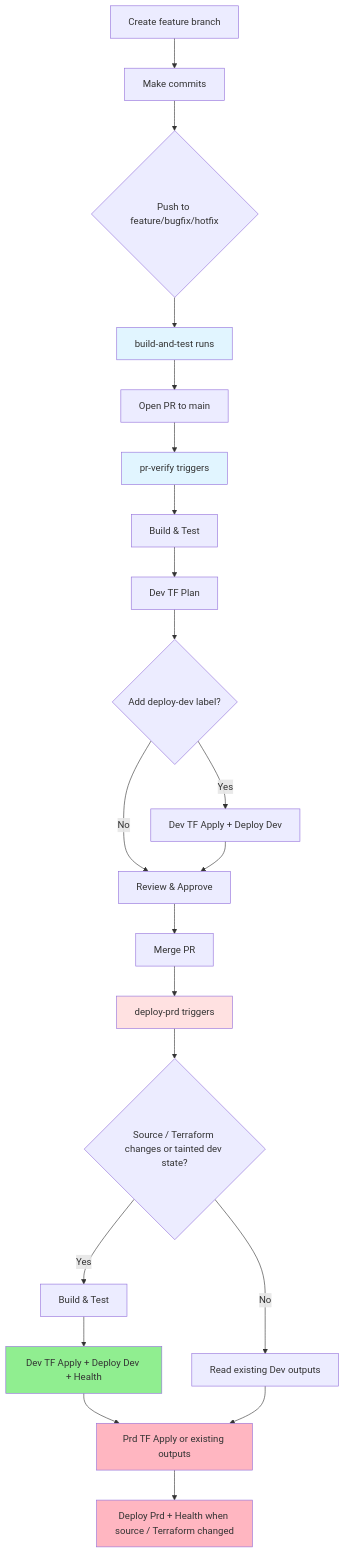
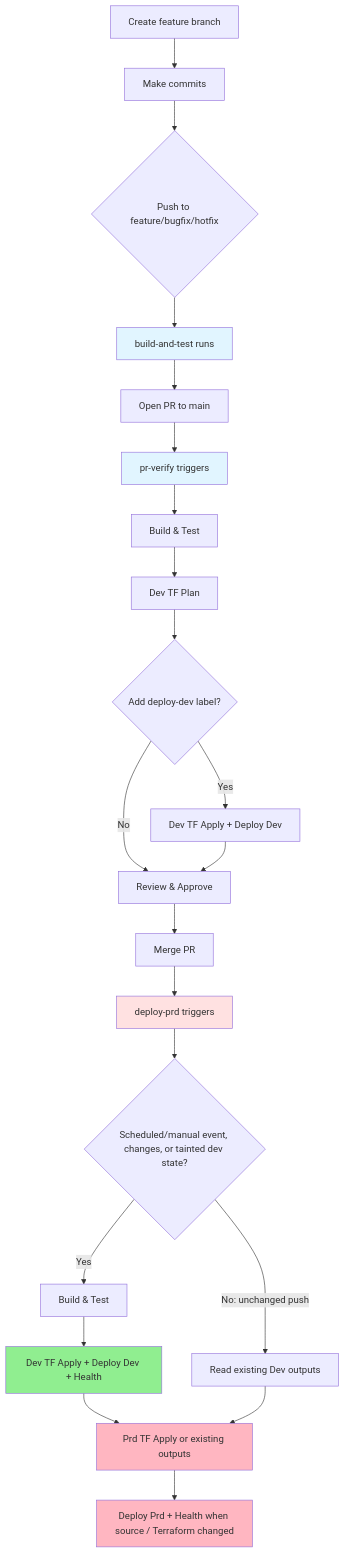
The diagram in docs/development-workflows.md (frasermolyneux/platform-sitewatch-func), drawn with Mermaid before and after one commit. The commit also changed other lines of this file, not shown here.

First line of the commit message:
Document scheduled and manual runs as forced full promotions

````diff
--- a/docs/development-workflows.md
+++ b/docs/development-workflows.md
@@ -49,30 +50,30 @@
 ```mermaid
 graph TD
     A[Create feature branch] --> B[Make commits]
     B --> C{Push to feature/bugfix/hotfix}
     C --> D[build-and-test runs]
     D --> E[Open PR to main]
     E --> F[pr-verify triggers]
     F --> G[Build & Test]
     G --> H[Dev TF Plan]
     H --> I{Add deploy-dev label?}
     I -->|Yes| J[Dev TF Apply + Deploy Dev]
     I -->|No| K[Review & Approve]
     J --> K
     K --> L[Merge PR]
     L --> M[deploy-prd triggers]
-    M --> O{Source / Terraform changes or tainted dev state?}
+    M --> O{Scheduled/manual event, changes, or tainted dev state?}
     O -->|Yes| N[Build & Test]
     N --> P[Dev TF Apply + Deploy Dev + Health]
-    O -->|No| Q[Read existing Dev outputs]
+    O -->|No: unchanged push| Q[Read existing Dev outputs]
     P --> R[Prd TF Apply or existing outputs]
     Q --> R
     R --> S[Deploy Prd + Health when source / Terraform changed]
 
     style D fill:#e1f5ff
     style F fill:#e1f5ff
     style M fill:#ffe1e1
     style P fill:#90EE90
     style R fill:#FFB6C1
     style S fill:#FFB6C1
 ```
````
